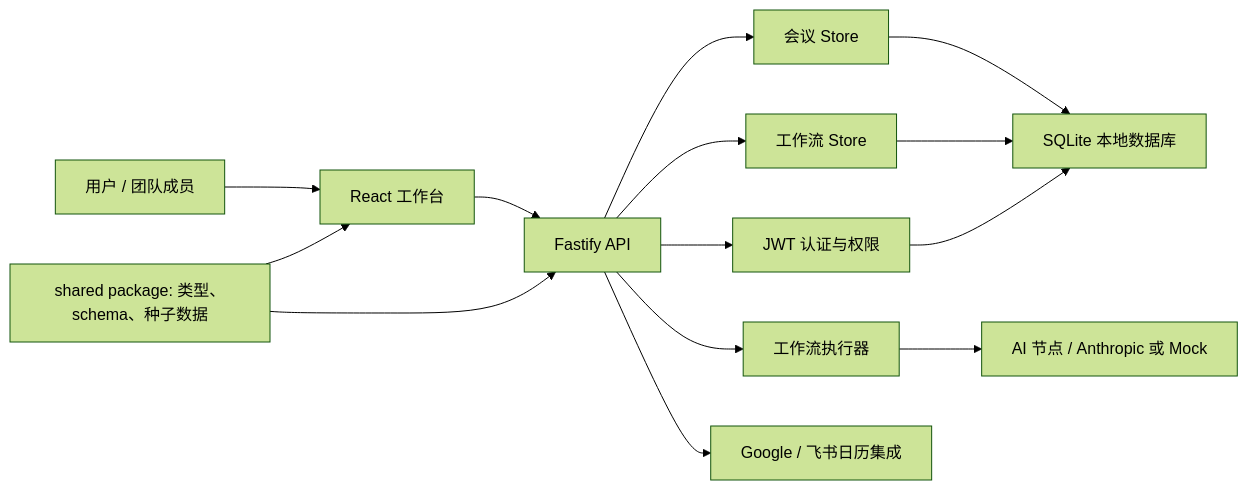
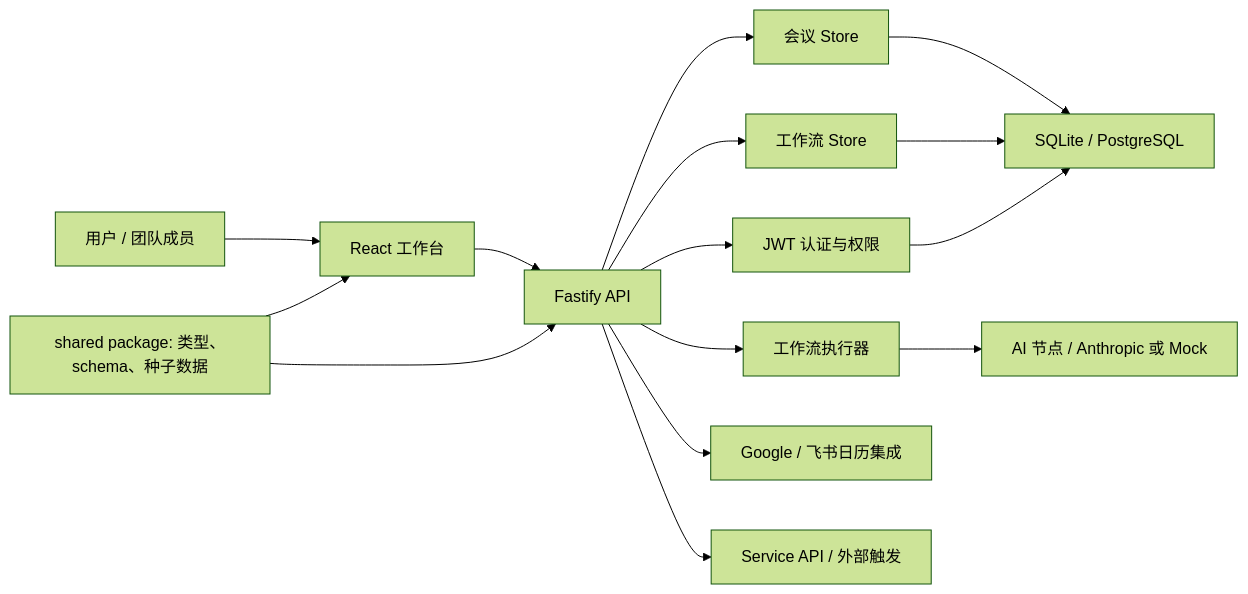
The diagram in README.md (Gu-uccy/meeting-flow-studio), drawn with Mermaid (forest theme) before and after one commit. The commit also changed other lines of this file and 1 other file, not shown here.

````diff
--- a/README.md
+++ b/README.md
@@ -93,16 +107,17 @@
 ```mermaid
 flowchart LR
   User["用户 / 团队成员"] --> Web["React 工作台"]
   Web --> API["Fastify API"]
   API --> Auth["JWT 认证与权限"]
   API --> MeetingStore["会议 Store"]
   API --> WorkflowStore["工作流 Store"]
   API --> Executor["工作流执行器"]
   Executor --> AI["AI 节点 / Anthropic 或 Mock"]
   API --> Calendar["Google / 飞书日历集成"]
-  MeetingStore --> SQLite["SQLite 本地数据库"]
-  WorkflowStore --> SQLite
-  Auth --> SQLite
+  API --> ServiceAPI["Service API / 外部触发"]
+  MeetingStore --> DB["SQLite / PostgreSQL"]
+  WorkflowStore --> DB
+  Auth --> DB
   Shared["shared package: 类型、schema、种子数据"] --> Web
   Shared --> API
 ```
````
